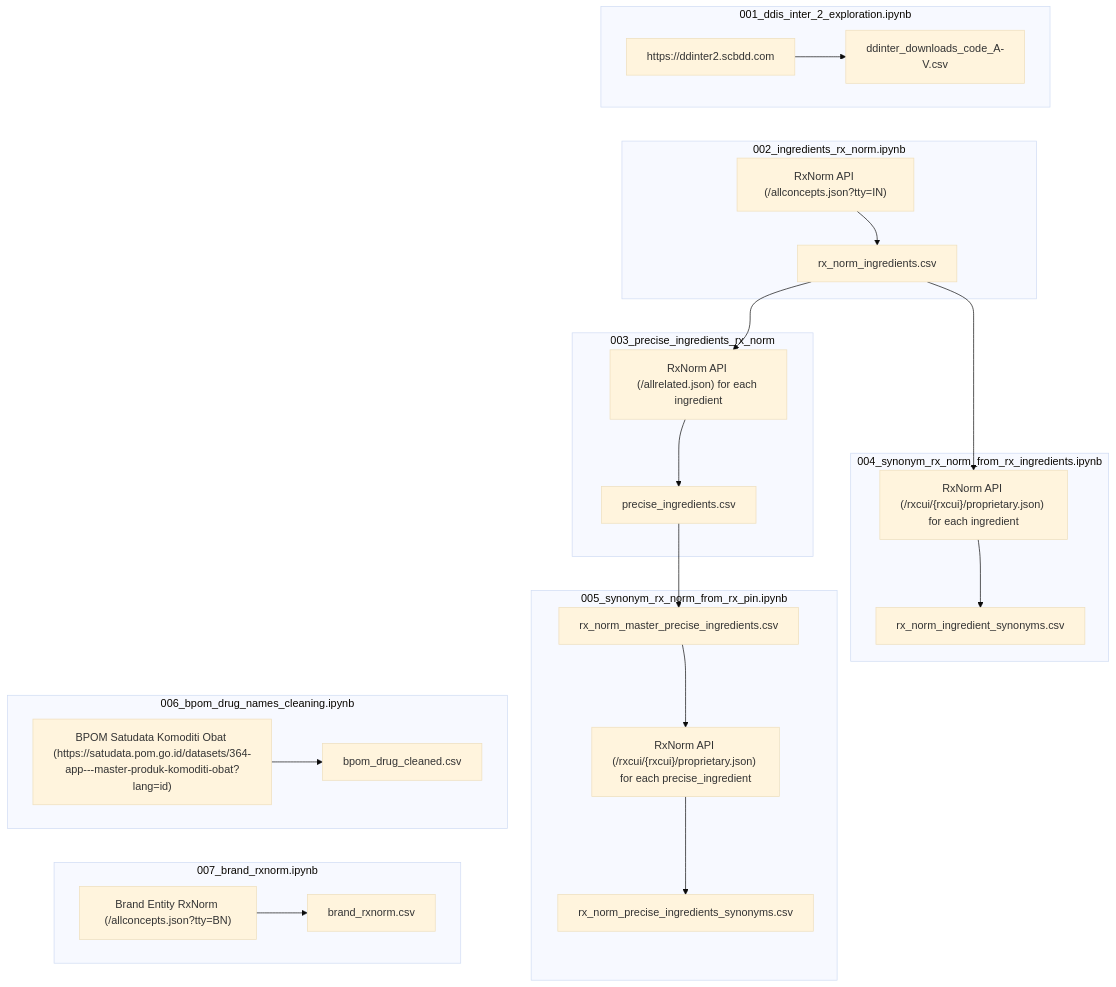
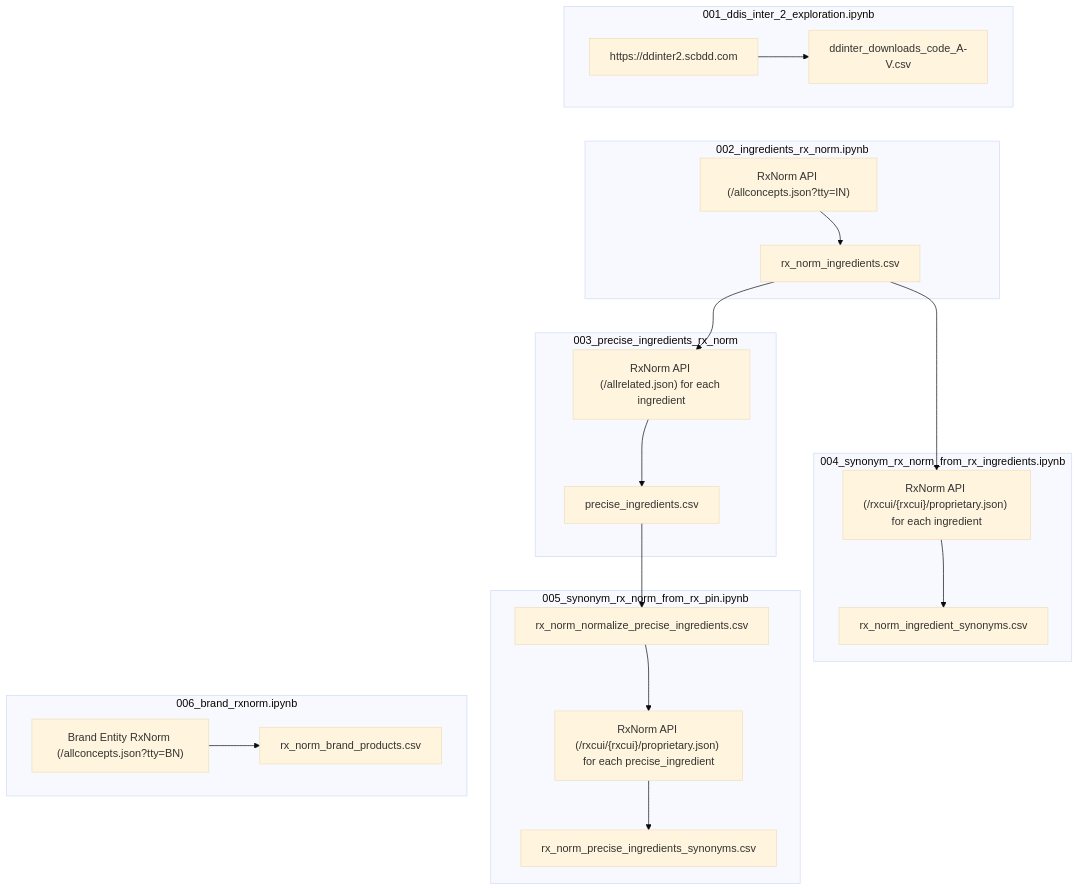
Before and after one commit to dhanarkusuma/ddi-qa-dataset: the diagram in README.md, drawn with Mermaid (base theme). The commit also changed other lines of this file and 14 other files, not shown here.

````diff
--- a/README.md
+++ b/README.md
@@ -9,40 +9,35 @@
 ```mermaid
 flowchart TB
     subgraph S1 ["001_ddis_inter_2_exploration.ipynb"]
         DDInter2.0["https://ddinter2.scbdd.com"] --> ddi["ddinter_downloads_code_A-V.csv"]
     end
 
     subgraph S2 ["002_ingredients_rx_norm.ipynb"]
         RxNavAPI1["RxNorm API (/allconcepts.json?tty=IN)"] --> ingredients["rx_norm_ingredients.csv"]
     end
 
     subgraph S3 ["003_precise_ingredients_rx_norm"]
       ingredients --> RxNavAPI2["RxNorm API (/allrelated.json) for each ingredient"] --> precise_ingredients["precise_ingredients.csv"]
     end
 
     subgraph S4 ["004_synonym_rx_norm_from_rx_ingredients.ipynb"]
       ingredients --> RxNavAPI3["RxNorm API (/rxcui/{rxcui}/proprietary.json) for each ingredient"] 
       RxNavAPI3 --> synonyms["rx_norm_ingredient_synonyms.csv"]
     end
 
     subgraph S5 ["005_synonym_rx_norm_from_rx_pin.ipynb"]
-      precise_ingredients --> master_precise_ingredients["rx_norm_master_precise_ingredients.csv"]
-      master_precise_ingredients -->  RxNavAPI4["RxNorm API (/rxcui/{rxcui}/proprietary.json) for each precise_ingredient"]
+      precise_ingredients --> normalize_precise_ingredients["rx_norm_normalize_precise_ingredients.csv"]
+      normalize_precise_ingredients -->  RxNavAPI4["RxNorm API (/rxcui/{rxcui}/proprietary.json) for each precise_ingredient"]
       RxNavAPI4 --> master_pin_synonyms["rx_norm_precise_ingredients_synonyms.csv"]
     end
 
-    subgraph S6 ["006_bpom_drug_names_cleaning.ipynb"]
-        BPOMDrugDataset["BPOM Satudata Komoditi Obat (https://satudata.pom.go.id/datasets/364-app---master-produk-komoditi-obat?lang=id)"] --> bpom_drug["bpom_drug_cleaned.csv"]
-    end
-
-    subgraph S7 ["007_brand_rxnorm.ipynb"]
-        RxNavAPI5["Brand Entity RxNorm (/allconcepts.json?tty=BN)"] --> brand_rxnorm["brand_rxnorm.csv"]
+    subgraph S6 ["006_brand_rxnorm.ipynb"]
+        RxNavAPI5["Brand Entity RxNorm (/allconcepts.json?tty=BN)"] --> brand_products["rx_norm_brand_products.csv"]
     end
 
     S1 ~~~ S2
     S2 ~~~ S3
     S3 ~~~ S4
     S4 ~~~ S5
     S5 ~~~ S6
-    S6 ~~~ S7
 ```
````
